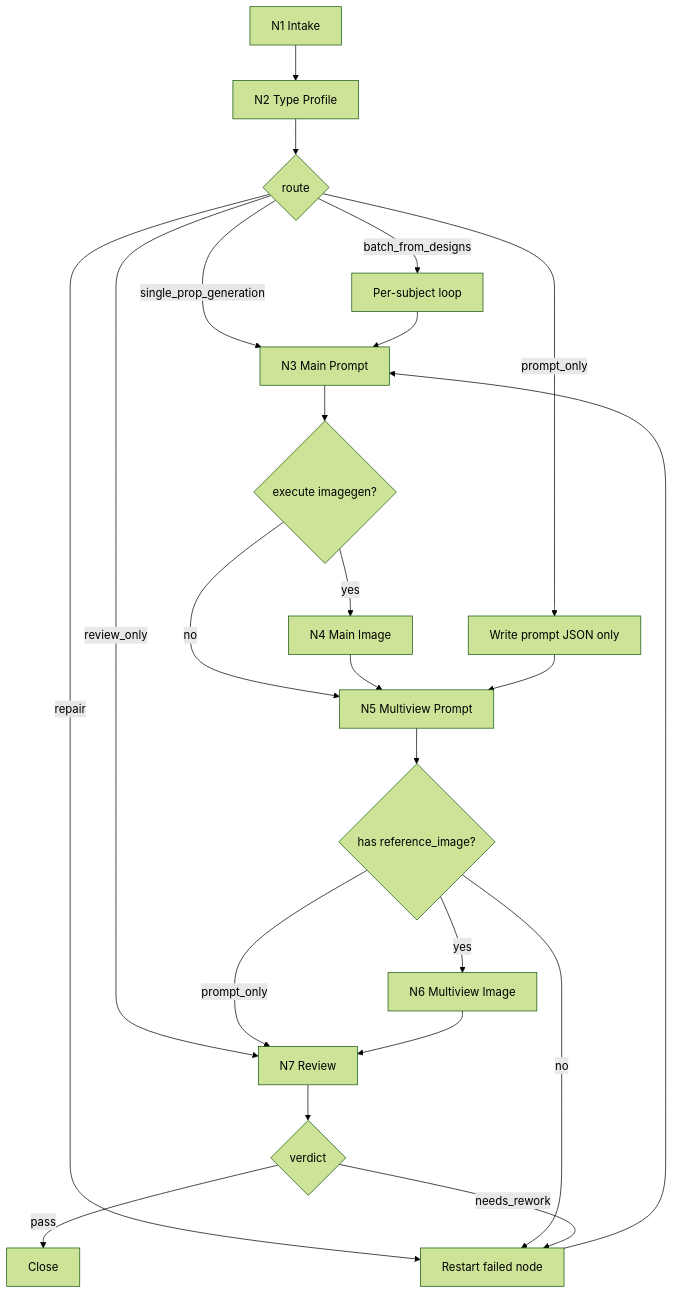
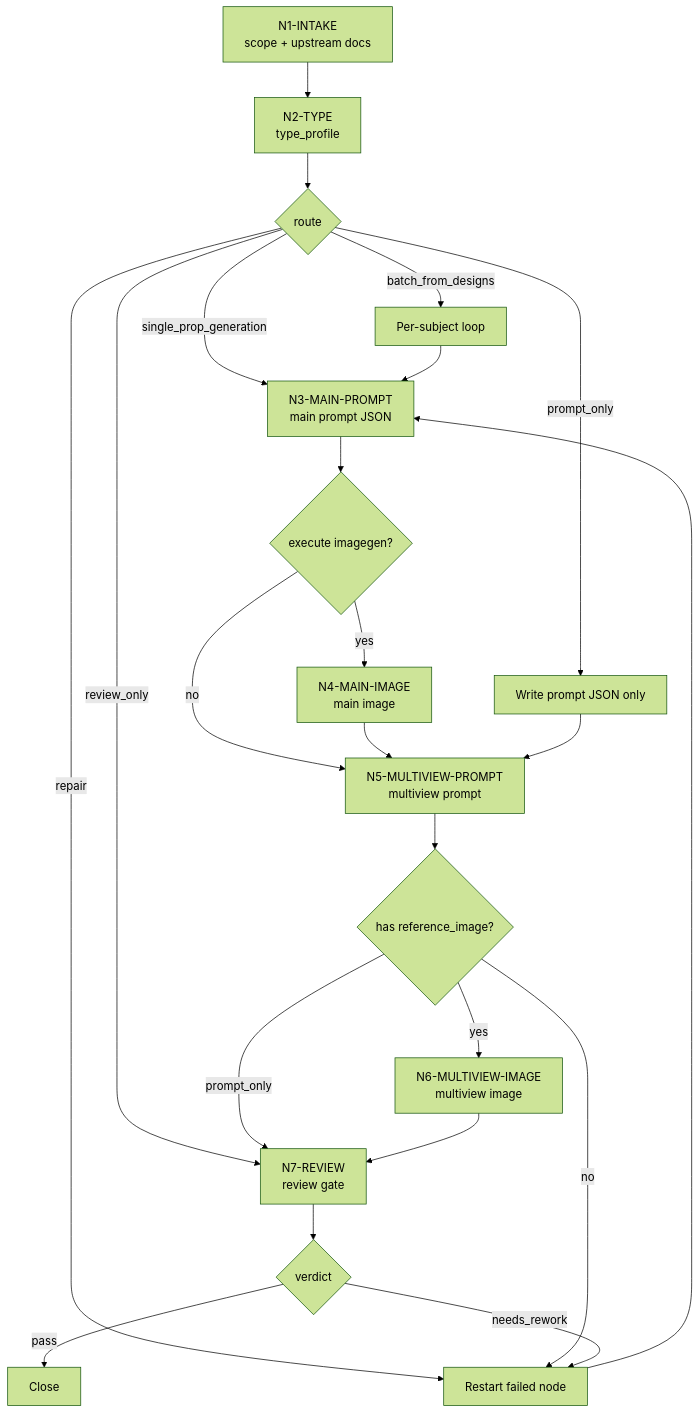
One commit to ZEN-VOID/AI-CUT changed the first of 2 diagrams in .agents/skills/aigc/5-设计/道具/3-生成/steps/prop-generation-workflow.md. Above: the diagram before and after it, drawn with Mermaid (forest theme). The commit also changed 41 other files, not shown here.

````diff
--- a/.agents/skills/aigc/5-设计/道具/3-生成/steps/prop-generation-workflow.md
+++ b/.agents/skills/aigc/5-设计/道具/3-生成/steps/prop-generation-workflow.md
@@ -19,25 +19,25 @@
 ```mermaid
 flowchart TD
-    A["N1 Intake"] --> B["N2 Type Profile"]
+    A["N1-INTAKE<br/>scope + upstream docs"] --> B["N2-TYPE<br/>type_profile"]
     B --> C{"route"}
-    C -->|"single_prop_generation"| D["N3 Main Prompt"]
+    C -->|"single_prop_generation"| D["N3-MAIN-PROMPT<br/>main prompt JSON"]
     C -->|"batch_from_designs"| E["Per-subject loop"]
     C -->|"prompt_only"| F["Write prompt JSON only"]
     C -->|"repair"| G["Restart failed node"]
-    C -->|"review_only"| H["N7 Review"]
+    C -->|"review_only"| H["N7-REVIEW<br/>review gate"]
     E --> D
     G --> D
     D --> I{"execute imagegen?"}
-    I -->|"yes"| J["N4 Main Image"]
-    I -->|"no"| K["N5 Multiview Prompt"]
+    I -->|"yes"| J["N4-MAIN-IMAGE<br/>main image"]
+    I -->|"no"| K["N5-MULTIVIEW-PROMPT<br/>multiview prompt"]
     J --> K
     F --> K
     K --> L{"has reference_image?"}
-    L -->|"yes"| M["N6 Multiview Image"]
+    L -->|"yes"| M["N6-MULTIVIEW-IMAGE<br/>multiview image"]
     L -->|"prompt_only"| H
     L -->|"no"| G
     M --> H
     H --> N{"verdict"}
     N -->|"pass"| O["Close"]
     N -->|"needs_rework"| G
 ```
````
